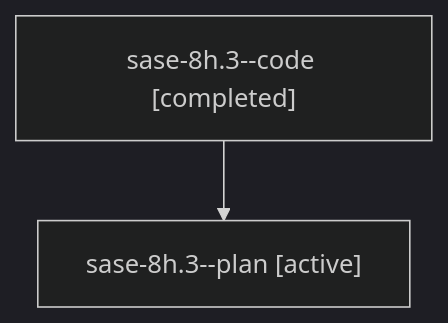
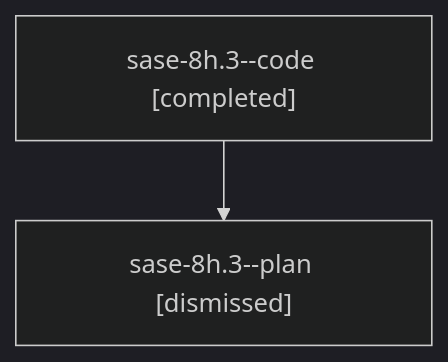
The diagram in sessions/bbugyi200.athena.sase-8h.3.md (sase-org/sase--agents), drawn with Mermaid (dark theme) before and after one commit. The commit also changed other lines of this file and 100 other files, not shown here.

````diff
--- a/sessions/bbugyi200.athena.sase-8h.3.md
+++ b/sessions/bbugyi200.athena.sase-8h.3.md
@@ -9,6 +9,6 @@
 ```mermaid
 flowchart TD
   n0["sase-8h.3--code [completed]"]
-  n1["sase-8h.3--plan [active]"]
+  n1["sase-8h.3--plan [dismissed]"]
   n0 --> n1
 ```
````
